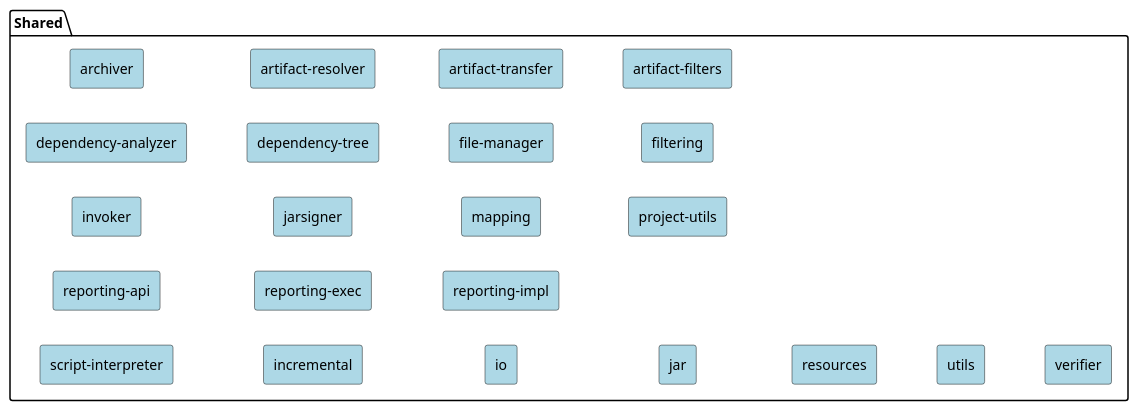
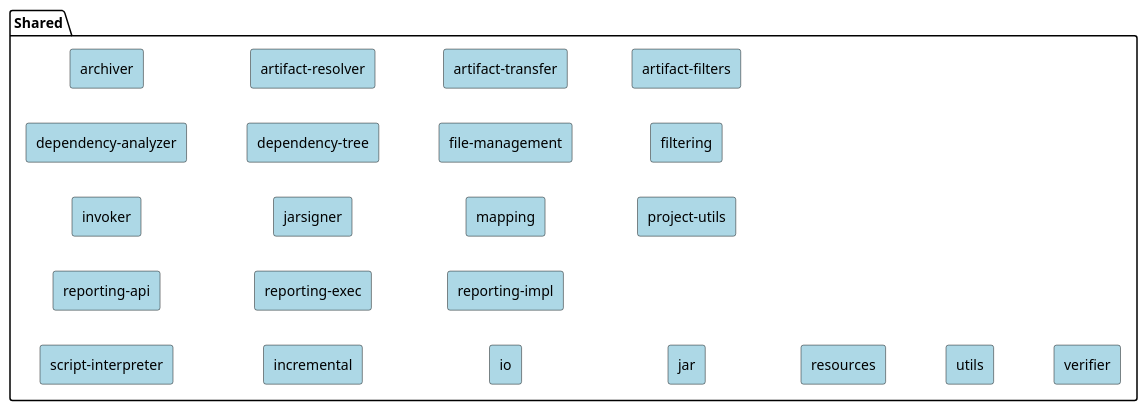
One commit to apache/maven-site changed the diagram in src/plantuml/maven-sources/shared.puml. Above: the diagram before and after it, drawn with PlantUML.

Commit message:
Fix module name/URL of "file-management"

```diff
--- a/src/plantuml/maven-sources/shared.puml
+++ b/src/plantuml/maven-sources/shared.puml
@@ -19,89 +19,89 @@
 @startuml
 
 <style>
 
     rectangle {
         BackgroundColor LightBlue
     }
 }
 </style>
 
 package "Shared" {
 
 left to right direction
 
   rectangle "archiver"
   rectangle "artifact-resolver"
   rectangle "artifact-transfer"
   rectangle "artifact-filters"
   rectangle "dependency-analyzer"
   rectangle "dependency-tree"
-  rectangle "file-manager"
+  rectangle "file-management"
   rectangle "filtering"
   rectangle "invoker"
   rectangle "jarsigner"
   rectangle "mapping"
   rectangle "project-utils"
   rectangle "reporting-api"
   rectangle "reporting-exec"
   rectangle "reporting-impl"
   rectangle "script-interpreter"
   rectangle "incremental"
   rectangle "io"
   rectangle "jar"
   rectangle "resources"
   rectangle "utils"
   rectangle "verifier"
 }
 
 'hidden dependencies to change layout
 "archiver" -[hidden]down- "artifact-resolver"
 "artifact-resolver" -[hidden]down- "artifact-transfer"
 "artifact-transfer" -[hidden]down- "artifact-filters"
 
 "archiver"  -[hidden]left- "dependency-analyzer"
 "dependency-analyzer" -[hidden]down- "dependency-tree"
-"dependency-tree" -[hidden]down- "file-manager"
-"file-manager" -[hidden]down- "filtering"
+"dependency-tree" -[hidden]down- "file-management"
+"file-management" -[hidden]down- "filtering"
 
 "dependency-analyzer" -[hidden]left- "invoker"
 "invoker" -[hidden]down- "jarsigner"
 "jarsigner" -[hidden]down- "mapping"
 "mapping" -[hidden]down- "project-utils"
 
 "invoker" -[hidden]left- "reporting-api"
 "reporting-api" -[hidden]down- "reporting-exec"
 "reporting-exec" -[hidden]down- "reporting-impl"
 
 "reporting-api" -[hidden]left- "script-interpreter"
 "script-interpreter" -[hidden]down- "incremental"
 "incremental" -[hidden]down- "io"
 "io" -[hidden]down- "jar"
 "jar" -[hidden]down- "resources"
 "resources" -[hidden]down- "utils"
 "utils" -[hidden]down- "verifier"
 
 
 url of "archiver" is [[https://github.com/apache/maven-archiver]]
 url of "artifact-resolver" is [[https://github.com/apache/maven-resolver]]
 url of "artifact-transfer" is [[https://github.com/apache/maven-artifact-transfer]]
 url of "artifact-filters" is [[https://github.com/apache/maven-common-artifact-filters]]
 url of "dependency-analyzer" is [[https://github.com/apache/maven-dependency-analyzer]]
 url of "dependency-tree" is [[https://github.com/apache/maven-dependency-tree]]
-url of "file-manager" is [[https://github.com/apache/maven-file-management]]
+url of "file-management" is [[https://github.com/apache/maven-file-management]]
 url of "filtering" is [[https://github.com/apache/maven-filtering]]
 url of "invoker" is [[https://github.com/apache/maven-invoker]]
 url of "jarsigner" is [[https://github.com/apache/maven-jarsigner]]
 url of "mapping" is [[https://github.com/apache/maven-mapping]]
 url of "project-utils" is [[https://github.com/apache/maven-project-utils]]
 url of "reporting-api" is [[https://github.com/apache/maven-reporting-api]]
 url of "reporting-exec" is [[https://github.com/apache/maven-reporting-exec]]
 url of "reporting-impl" is [[https://github.com/apache/maven-reporting-impl]]
 url of "script-interpreter" is [[https://github.com/apache/maven-script-interpreter]]
 url of "incremental" is [[https://github.com/apache/maven-shared-incremental]]
 url of "io" is [[https://github.com/apache/maven-shared-io]]
 url of "jar" is [[https://github.com/apache/maven-shared-jar]]
 url of "resources" is [[https://github.com/apache/maven-shared-resources]]
 url of "utils" is [[https://github.com/apache/maven-shared-utils]]
 url of "verifier" is [[https://github.com/apache/maven-verifier]]
 @enduml
```
